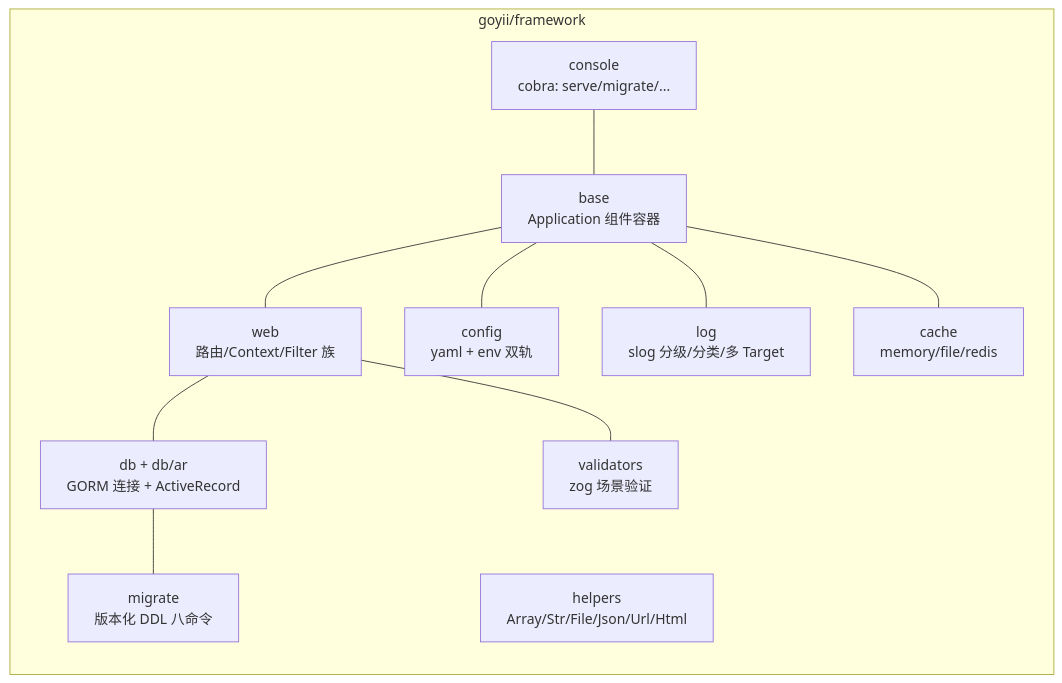
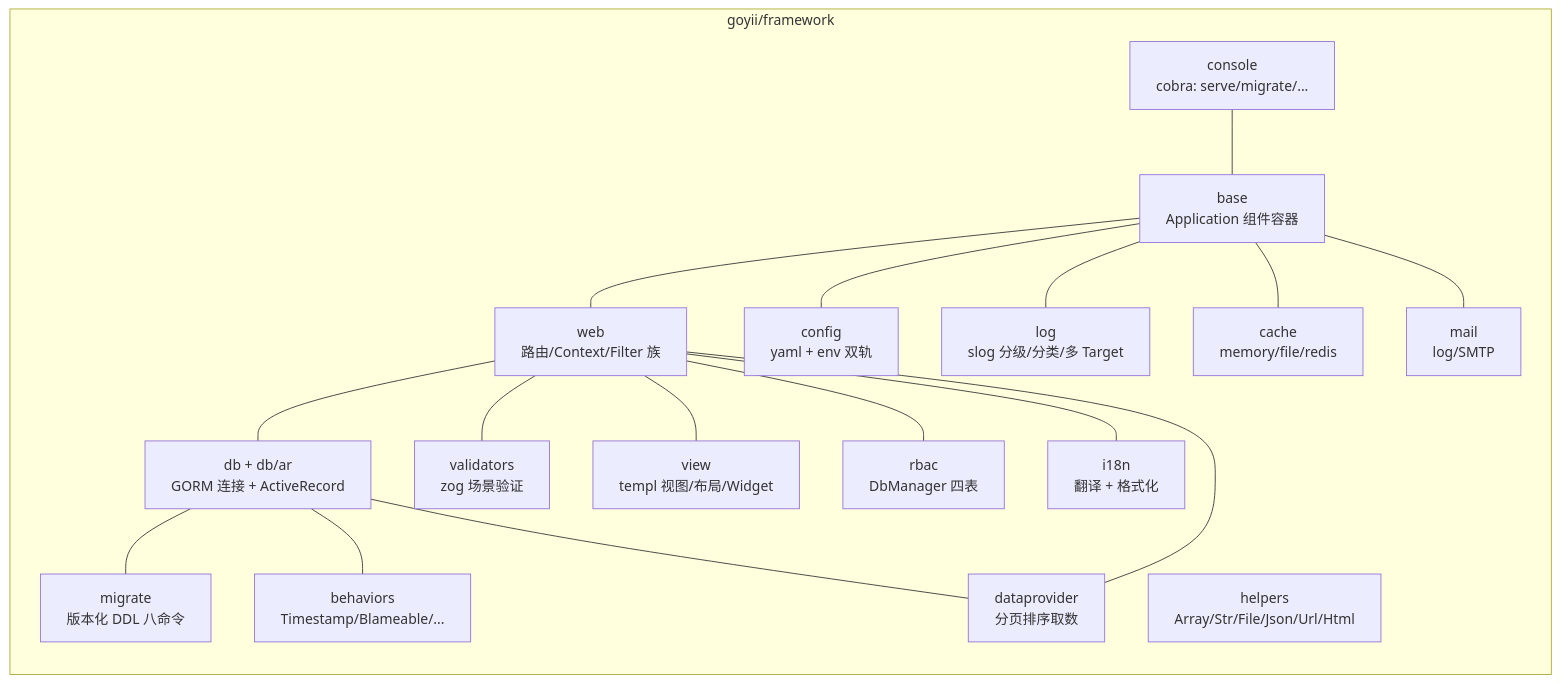
Before and after one commit to goyii2/framework: the diagram in docs/安装.md, drawn with Mermaid. The commit also changed other lines of this file and 45 other files, not shown here.

````diff
--- a/docs/安装.md
+++ b/docs/安装.md
@@ -42,14 +42,21 @@
 ```mermaid
 flowchart LR
     subgraph F["goyii/framework"]
         base[base<br/>Application 组件容器] --- web[web<br/>路由/Context/Filter 族]
         web --- dbx[db + db/ar<br/>GORM 连接 + ActiveRecord]
         dbx --- migrate[migrate<br/>版本化 DDL 八命令]
+        dbx --- behaviors[behaviors<br/>Timestamp/Blameable/...]
         base --- cfg[config<br/>yaml + env 双轨]
         base --- logx[log<br/>slog 分级/分类/多 Target]
         base --- cachex[cache<br/>memory/file/redis]
         web --- validators[validators<br/>zog 场景验证]
+        web --- viewx[view<br/>templ 视图/布局/Widget]
+        web --- rbacx[rbac<br/>DbManager 四表]
+        web --- i18nx[i18n<br/>翻译 + 格式化]
+        web --- dataprovider[dataprovider<br/>分页排序取数]
+        dbx --- dataprovider
+        base --- mailx[mail<br/>log/SMTP]
         console[console<br/>cobra: serve/migrate/...] --- base
         helpers[helpers<br/>Array/Str/File/Json/Url/Html]
     end
 ```
````
